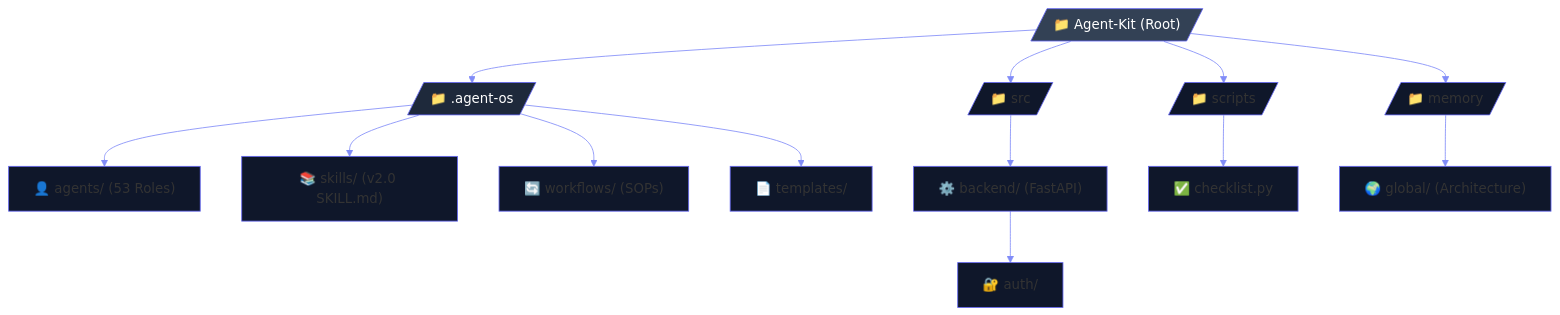
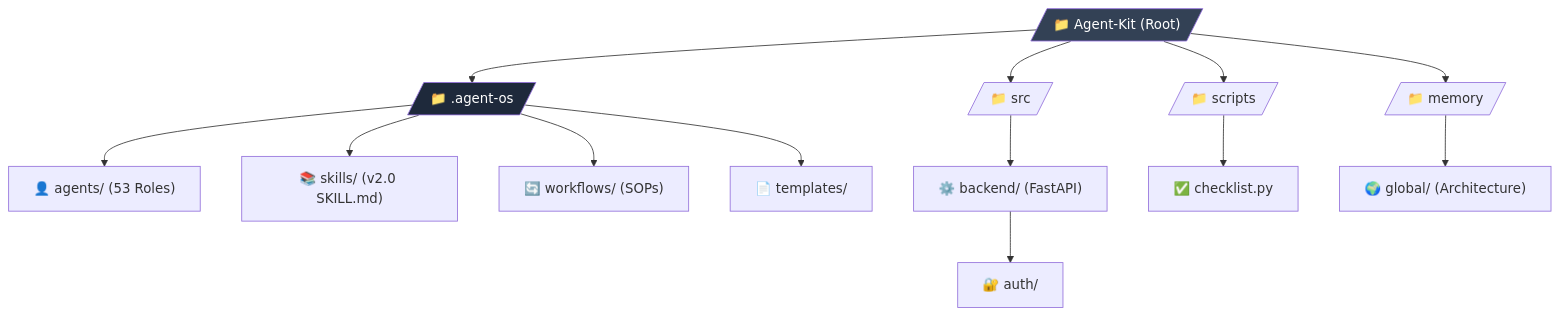
The second of 10 diagrams in README.md (Ab-aswini/Agent-kit-P1), drawn with Mermaid before and after one commit. The commit also changed other lines of this file, not shown here.

````diff
--- a/README.md
+++ b/README.md
@@ -118,23 +119,23 @@
 ```mermaid
-%%{init: {'theme': 'base', 'themeVariables': { 'mainBkg': '#0f172a', 'nodeBorder': '#6366F1', 'lineColor': '#818cf8' }}}%%
+%%{init: {'theme': 'auto', 'themeVariables': { 'auto' }}}%%
 graph TD
   Root[/"📁 Agent-Kit (Root)"/]
   Root --> OS[/"📁 .agent-os"/]
   Root --> SRC[/"📁 src"/]
   Root --> SCRIPTS[/"📁 scripts"/]
   Root --> MEM[/"📁 memory"/]
 
   OS --> AGENTS["👤 agents/ (53 Roles)"]
   OS --> SKILLS["📚 skills/ (v2.0 SKILL.md)"]
   OS --> WF["🔄 workflows/ (SOPs)"]
   OS --> TEMP["📄 templates/"]
 
   SRC --> BE["⚙️ backend/ (FastAPI)"]
   BE --> AUTH["🔐 auth/"]
   
   SCRIPTS --> CHK["✅ checklist.py"]
   MEM --> GLOB["🌍 global/ (Architecture)"]
 
   style Root fill:#334155,color:#fff
   style OS fill:#1e293b,color:#fff
 ```
````
